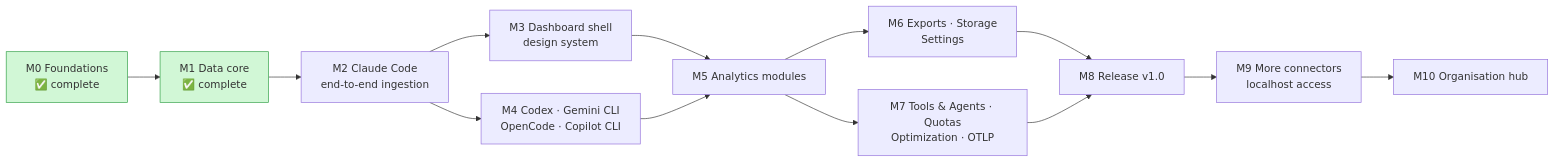
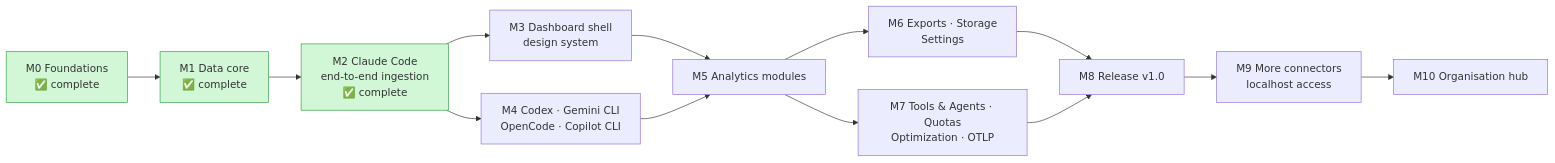
Before and after one commit to akanjb/VEYRA: diagram 19 of 19 in README.md, drawn with Mermaid. The commit also changed other lines of this file and 6 other files, not shown here.

````diff
--- a/README.md
+++ b/README.md
@@ -661,16 +771,16 @@
 ```mermaid
 flowchart LR
   M0[M0 Foundations<br/>✅ complete]:::done --> M1[M1 Data core<br/>✅ complete]:::done
-  M1 --> M2[M2 Claude Code<br/>end-to-end ingestion]
+  M1 --> M2[M2 Claude Code<br/>end-to-end ingestion<br/>✅ complete]:::done
   M2 --> M3[M3 Dashboard shell<br/>design system]
   M2 --> M4[M4 Codex · Gemini CLI<br/>OpenCode · Copilot CLI]
   M3 --> M5[M5 Analytics modules]
   M4 --> M5
   M5 --> M6[M6 Exports · Storage<br/>Settings]
   M5 --> M7[M7 Tools & Agents · Quotas<br/>Optimization · OTLP]
   M6 --> M8[M8 Release v1.0]
   M7 --> M8
   M8 --> M9[M9 More connectors<br/>localhost access]
   M9 --> M10[M10 Organisation hub]
   classDef done fill:#d1f7d6,stroke:#2f9e44
 ```
````
